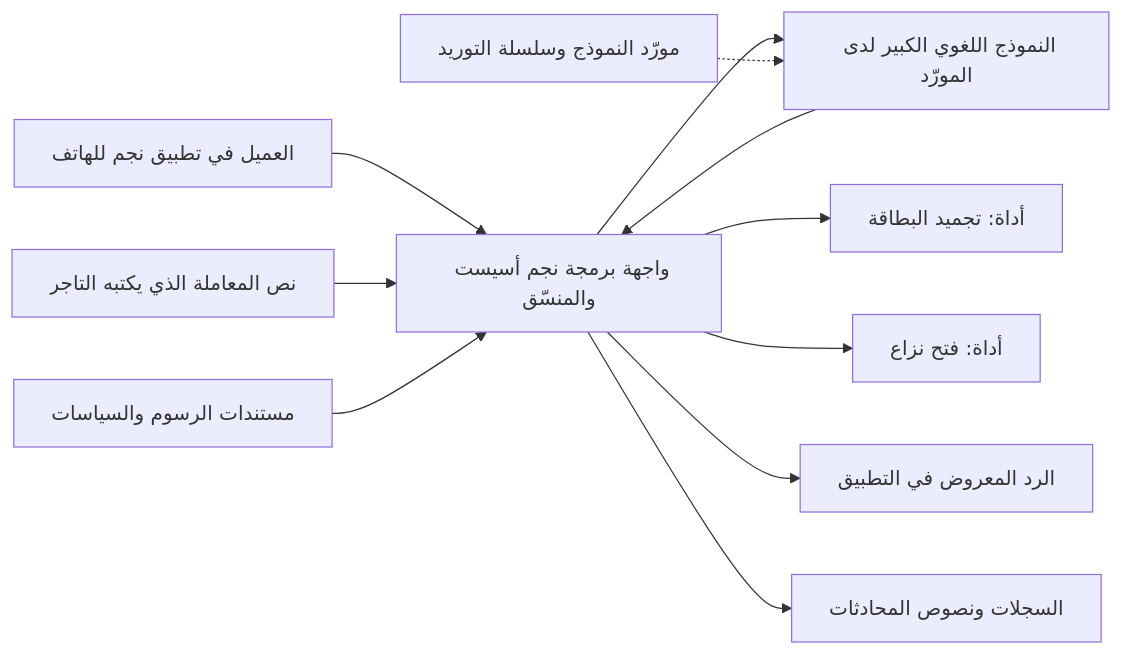
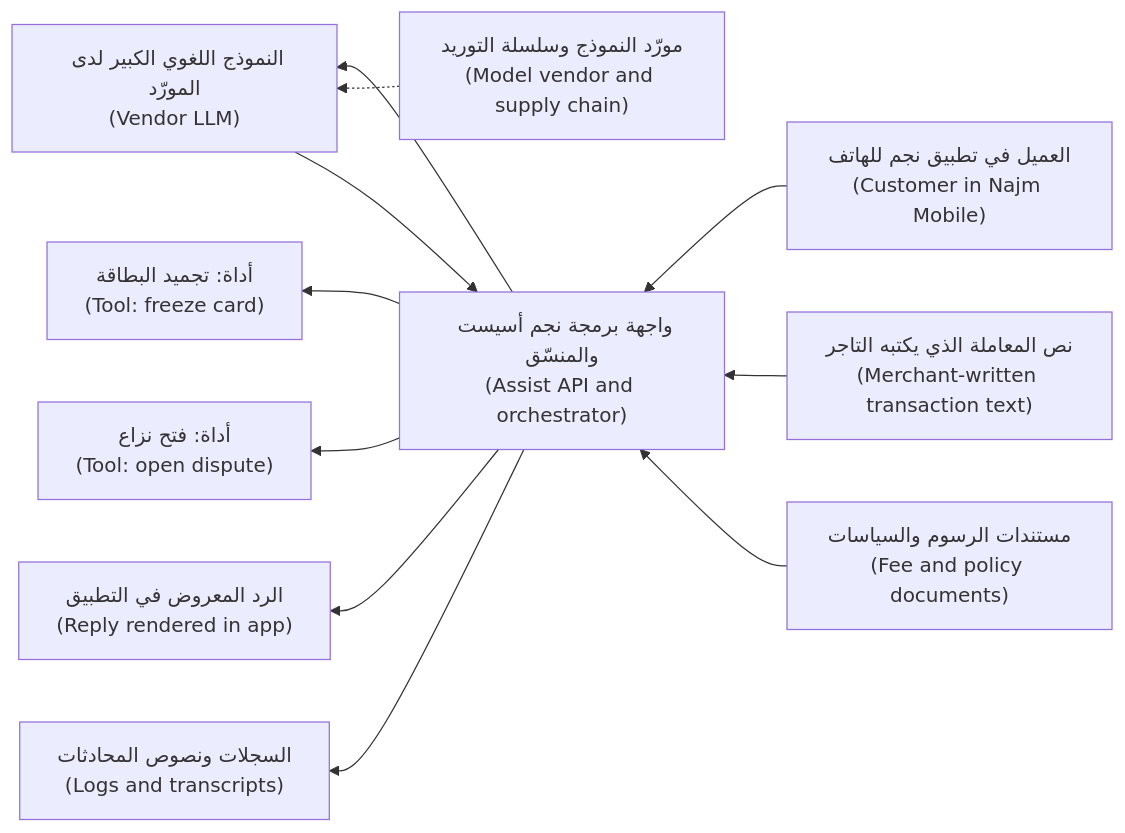
One commit to Tamoura/system-design-for-vibe-coders changed the first of 3 diagrams in secai/modules/08-ai-threats.ar.md. Above: the diagram before and after it, drawn with Mermaid. The commit also changed other lines of this file and 11 other files, not shown here.

First line of the commit message:
Security course: Arabic modules 10–11 reviewed; RTL diagrams with English labels for modules 0–11

````diff
--- a/secai/modules/08-ai-threats.ar.md
+++ b/secai/modules/08-ai-threats.ar.md
@@ -90,13 +90,13 @@
 ```mermaid
-flowchart LR
-    C["العميل في تطبيق نجم للهاتف"] --> API["واجهة برمجة نجم أسيست والمنسّق"]
-    M["نص المعاملة الذي يكتبه التاجر"] --> API
-    KB["مستندات الرسوم والسياسات"] --> API
-    API --> LLM["النموذج اللغوي الكبير لدى المورّد"]
+flowchart RL
+    C["العميل في تطبيق نجم للهاتف<br/>(Customer in Najm Mobile)"] --> API["واجهة برمجة نجم أسيست والمنسّق<br/>(Assist API and orchestrator)"]
+    M["نص المعاملة الذي يكتبه التاجر<br/>(Merchant-written transaction text)"] --> API
+    KB["مستندات الرسوم والسياسات<br/>(Fee and policy documents)"] --> API
+    API --> LLM["النموذج اللغوي الكبير لدى المورّد<br/>(Vendor LLM)"]
     LLM --> API
-    API --> T1["أداة: تجميد البطاقة"]
-    API --> T2["أداة: فتح نزاع"]
-    API --> R["الرد المعروض في التطبيق"]
-    API --> L["السجلات ونصوص المحادثات"]
-    V["مورّد النموذج وسلسلة التوريد"] -.-> LLM
+    API --> T1["أداة: تجميد البطاقة<br/>(Tool: freeze card)"]
+    API --> T2["أداة: فتح نزاع<br/>(Tool: open dispute)"]
+    API --> R["الرد المعروض في التطبيق<br/>(Reply rendered in app)"]
+    API --> L["السجلات ونصوص المحادثات<br/>(Logs and transcripts)"]
+    V["مورّد النموذج وسلسلة التوريد<br/>(Model vendor and supply chain)"] -.-> LLM
 ```
````
